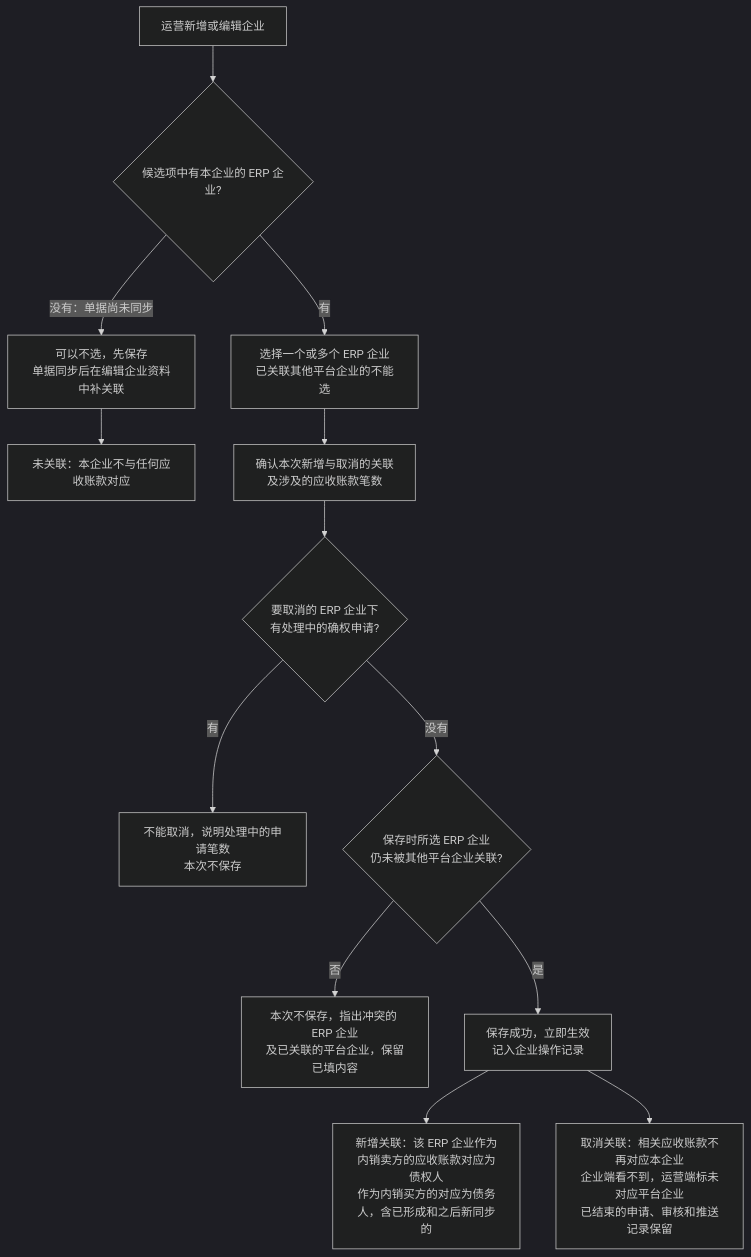
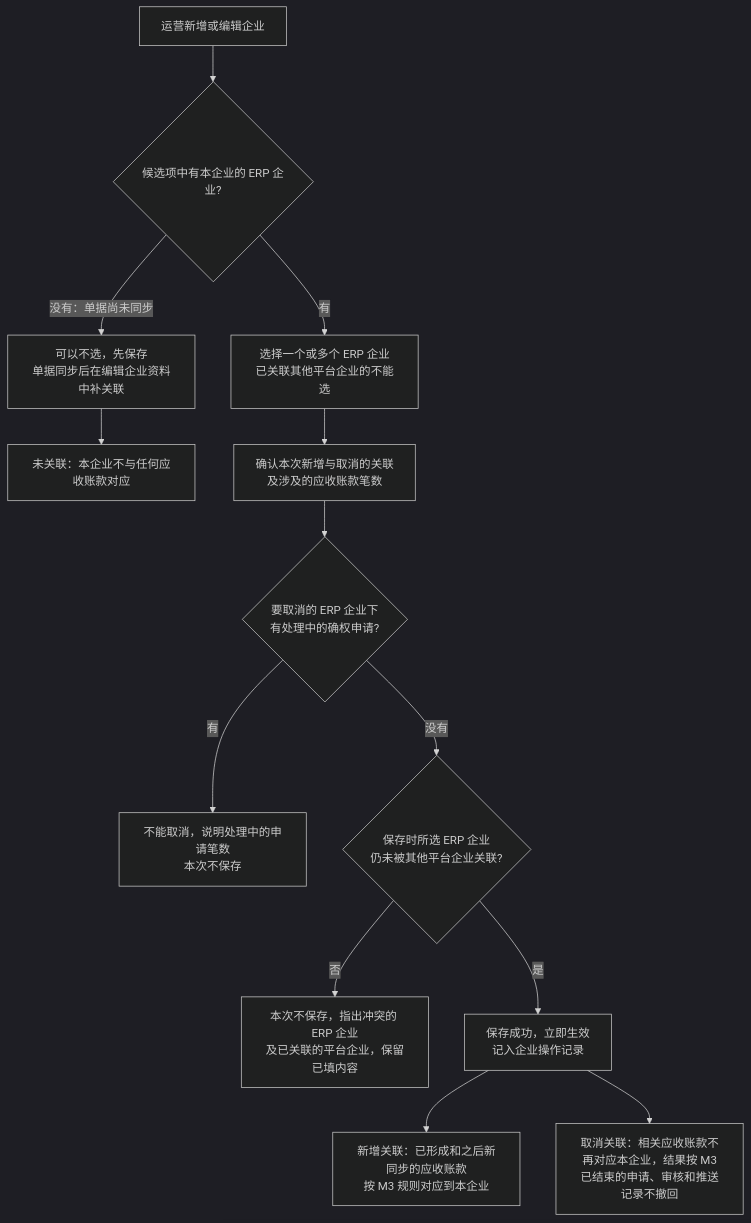
The fifth of 7 diagrams in asset-trust-platform/PRD/运营端/M2-运营登录与企业管理/02-运营登录与企业管理-流程图与状态机.md (wxblockchain/Chain-Financing), drawn with Mermaid (dark theme) before and after one commit. The commit also changed other lines of this file and 4 other files, not shown here.

````diff
--- a/asset-trust-platform/PRD/运营端/M2-运营登录与企业管理/02-运营登录与企业管理-流程图与状态机.md
+++ b/asset-trust-platform/PRD/运营端/M2-运营登录与企业管理/02-运营登录与企业管理-流程图与状态机.md
@@ -155,15 +132,15 @@
 ```mermaid
 flowchart TD
     A[运营新增或编辑企业] --> B{候选项中有本企业的 ERP 企业?}
     B -->|没有：单据尚未同步| C[可以不选，先保存<br/>单据同步后在编辑企业资料中补关联]
     C --> D[未关联：本企业不与任何应收账款对应]
     B -->|有| E[选择一个或多个 ERP 企业<br/>已关联其他平台企业的不能选]
     E --> F[确认本次新增与取消的关联<br/>及涉及的应收账款笔数]
     F --> G{要取消的 ERP 企业下<br/>有处理中的确权申请?}
     G -->|有| H[不能取消，说明处理中的申请笔数<br/>本次不保存]
     G -->|没有| I{保存时所选 ERP 企业<br/>仍未被其他平台企业关联?}
     I -->|否| J[本次不保存，指出冲突的 ERP 企业<br/>及已关联的平台企业，保留已填内容]
     I -->|是| K[保存成功，立即生效<br/>记入企业操作记录]
-    K --> L[新增关联：该 ERP 企业作为内销卖方的应收账款对应为债权人<br/>作为内销买方的对应为债务人，含已形成和之后新同步的]
-    K --> M[取消关联：相关应收账款不再对应本企业<br/>企业端看不到，运营端标未对应平台企业<br/>已结束的申请、审核和推送记录保留]
+    K --> L[新增关联：已形成和之后新同步的应收账款<br/>按 M3 规则对应到本企业]
+    K --> M[取消关联：相关应收账款不再对应本企业，结果按 M3<br/>已结束的申请、审核和推送记录不撤回]
 ```
````
